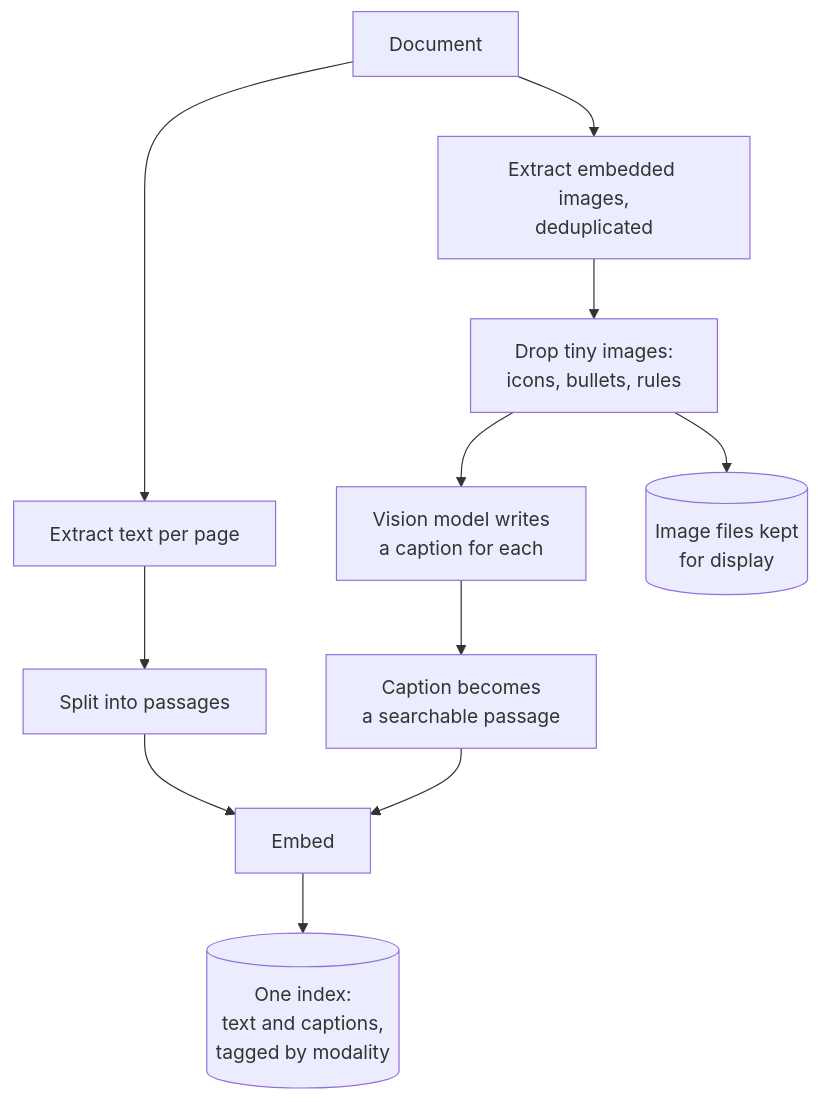
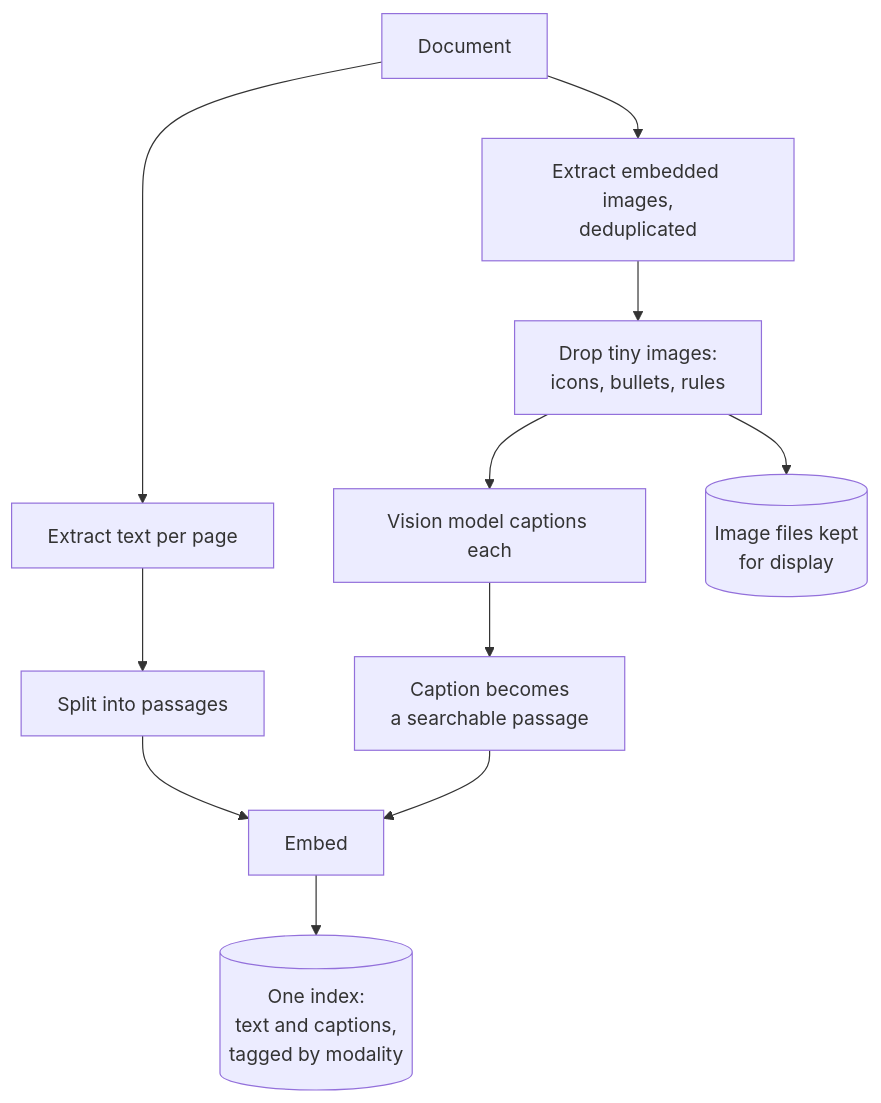
Before and after one commit to jjaaxx44/genai-personal-lab-rag: the first of 2 diagrams in app/demos/rag/multimodal/README.md, drawn with Mermaid. The commit also changed other lines of this file and 32 other files, not shown here.

````diff
--- a/app/demos/rag/multimodal/README.md
+++ b/app/demos/rag/multimodal/README.md
@@ -17,13 +9,13 @@
 ```mermaid
 flowchart TD
   A["Document"] --> B["Extract text per page"]
   A --> C["Extract embedded images,<br/>deduplicated"]
   C --> D["Drop tiny images:<br/>icons, bullets, rules"]
-  D --> E["Vision model writes<br/>a caption for each"]
+  D --> E["Vision model captions each"]
   B --> F["Split into passages"]
   E --> G["Caption becomes<br/>a searchable passage"]
   F --> H["Embed"]
   G --> H
   H --> I[("One index:<br/>text and captions,<br/>tagged by modality")]
   D --> J[("Image files kept<br/>for display")]
 ```
````
